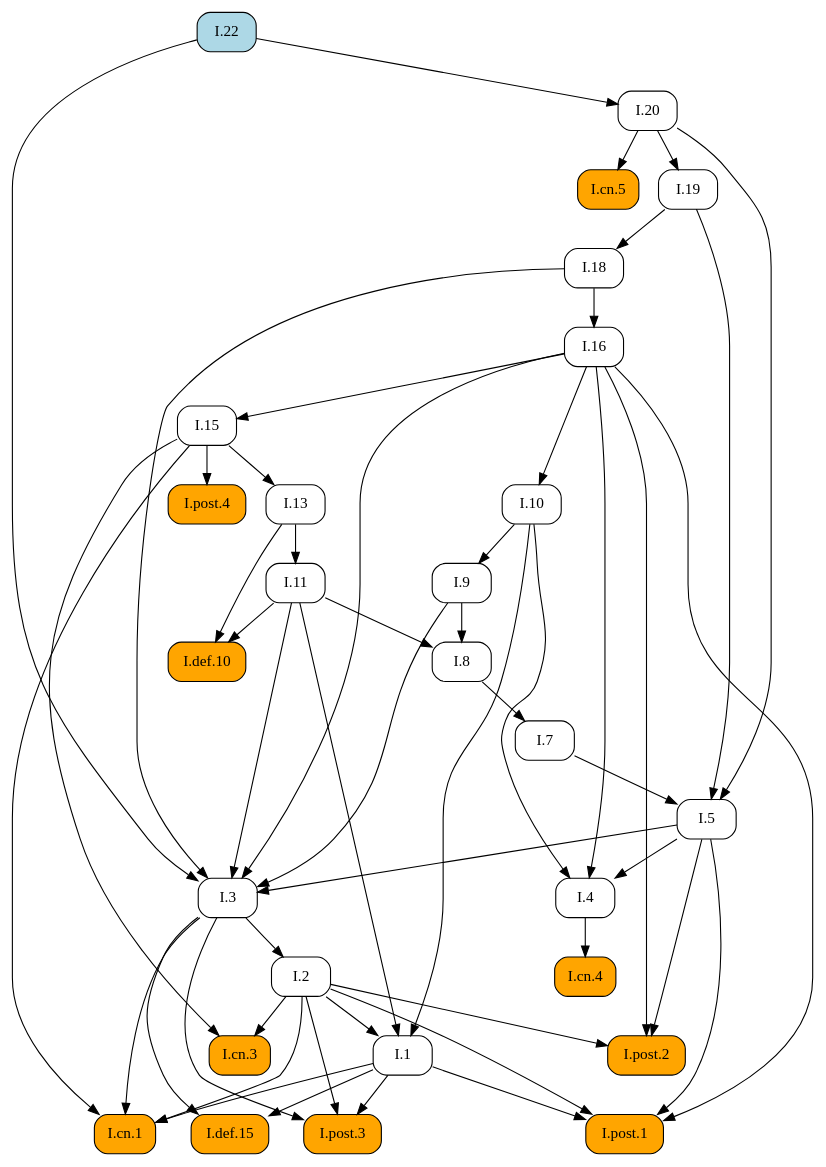
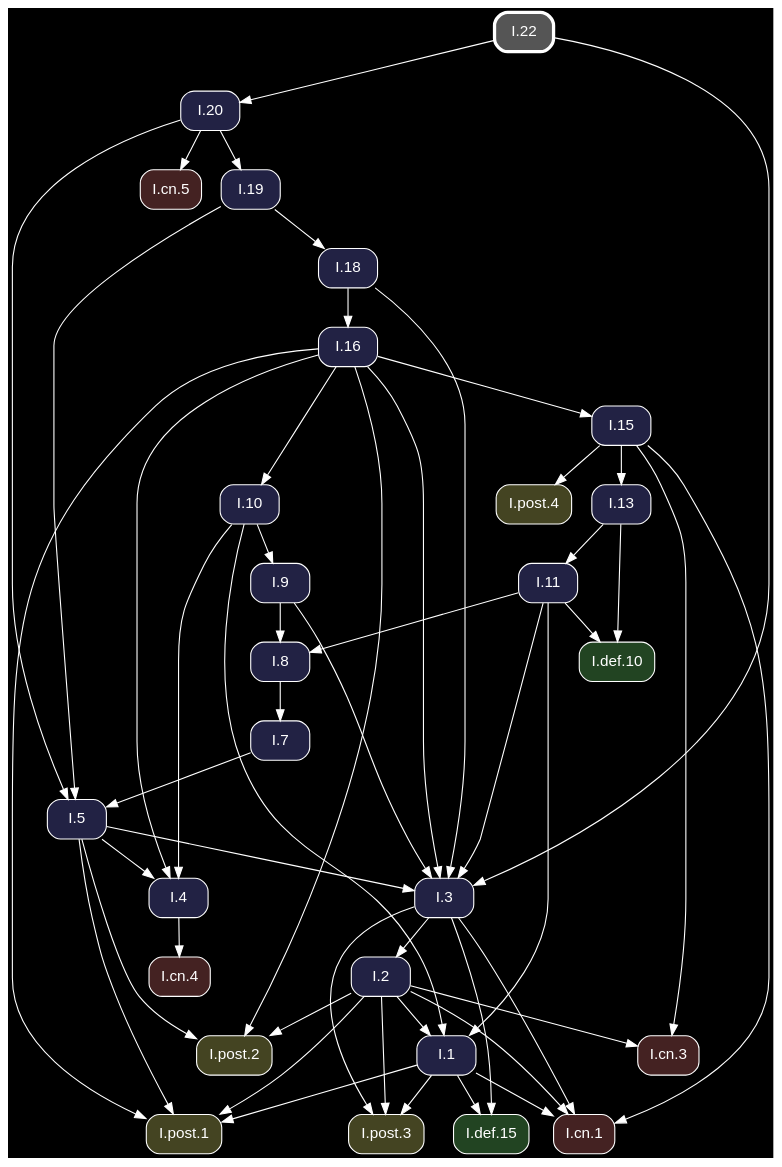
One commit to geometor/elements changed the diagram in docsrc/heath/I/22/index.rst. Above: the diagram before and after it, drawn with Graphviz. The commit also changed other lines of this file and 1200 other files, not shown here.

Commit message:
update dependency graphs

```diff
--- a/docsrc/heath/I/22/index.rst
+++ b/docsrc/heath/I/22/index.rst
@@ -88,84 +88,86 @@
 .. graphviz::
 
    digraph {
+     bgcolor="black";
+     node [shape=box, style="rounded,filled", fontname="Helvetica", color="white", fontcolor="white"];
+     edge [color="white", fontcolor="white"];
      rankdir="TB";
-     node [shape=box, style=rounded];
-     "I.9" [URL="/heath/I/9/", target="_top"];
-     "I.cn.1" [style="rounded,filled", fillcolor=orange, URL="/heath/I/cn.1/", target="_top"];
-     "I.7" [URL="/heath/I/7/", target="_top"];
-     "I.2" [URL="/heath/I/2/", target="_top"];
-     "I.def.15" [style="rounded,filled", fillcolor=orange, URL="/heath/I/def.15/", target="_top"];
-     "I.13" [URL="/heath/I/13/", target="_top"];
-     "I.post.4" [style="rounded,filled", fillcolor=orange, URL="/heath/I/post.4/", target="_top"];
-     "I.4" [URL="/heath/I/4/", target="_top"];
-     "I.1" [URL="/heath/I/1/", target="_top"];
-     "I.post.3" [style="rounded,filled", fillcolor=orange, URL="/heath/I/post.3/", target="_top"];
-     "I.post.1" [style="rounded,filled", fillcolor=orange, URL="/heath/I/post.1/", target="_top"];
-     "I.5" [URL="/heath/I/5/", target="_top"];
-     "I.19" [URL="/heath/I/19/", target="_top"];
-     "I.8" [URL="/heath/I/8/", target="_top"];
-     "I.cn.3" [style="rounded,filled", fillcolor=orange, URL="/heath/I/cn.3/", target="_top"];
-     "I.16" [URL="/heath/I/16/", target="_top"];
-     "I.20" [URL="/heath/I/20/", target="_top"];
-     "I.def.10" [style="rounded,filled", fillcolor=orange, URL="/heath/I/def.10/", target="_top"];
-     "I.18" [URL="/heath/I/18/", target="_top"];
-     "I.15" [URL="/heath/I/15/", target="_top"];
-     "I.10" [URL="/heath/I/10/", target="_top"];
-     "I.11" [URL="/heath/I/11/", target="_top"];
-     "I.22" [style="rounded,filled", fillcolor=lightblue, URL="/heath/I/22/", target="_top"];
-     "I.cn.4" [style="rounded,filled", fillcolor=orange, URL="/heath/I/cn.4/", target="_top"];
-     "I.post.2" [style="rounded,filled", fillcolor=orange, URL="/heath/I/post.2/", target="_top"];
-     "I.cn.5" [style="rounded,filled", fillcolor=orange, URL="/heath/I/cn.5/", target="_top"];
-     "I.3" [URL="/heath/I/3/", target="_top"];
-     "I.10" -> "I.9";
-     "I.1" -> "I.cn.1";
-     "I.2" -> "I.cn.1";
-     "I.3" -> "I.cn.1";
-     "I.15" -> "I.cn.1";
-     "I.8" -> "I.7";
-     "I.3" -> "I.2";
-     "I.1" -> "I.def.15";
-     "I.3" -> "I.def.15";
-     "I.15" -> "I.13";
-     "I.15" -> "I.post.4";
-     "I.5" -> "I.4";
-     "I.10" -> "I.4";
-     "I.16" -> "I.4";
-     "I.2" -> "I.1";
-     "I.10" -> "I.1";
-     "I.11" -> "I.1";
-     "I.1" -> "I.post.3";
-     "I.2" -> "I.post.3";
-     "I.3" -> "I.post.3";
-     "I.1" -> "I.post.1";
-     "I.2" -> "I.post.1";
-     "I.5" -> "I.post.1";
-     "I.16" -> "I.post.1";
-     "I.7" -> "I.5";
-     "I.19" -> "I.5";
-     "I.20" -> "I.5";
-     "I.20" -> "I.19";
-     "I.9" -> "I.8";
-     "I.11" -> "I.8";
-     "I.2" -> "I.cn.3";
-     "I.15" -> "I.cn.3";
-     "I.18" -> "I.16";
-     "I.22" -> "I.20";
-     "I.11" -> "I.def.10";
-     "I.13" -> "I.def.10";
-     "I.19" -> "I.18";
-     "I.16" -> "I.15";
-     "I.16" -> "I.10";
-     "I.13" -> "I.11";
-     "I.4" -> "I.cn.4";
-     "I.2" -> "I.post.2";
-     "I.5" -> "I.post.2";
-     "I.16" -> "I.post.2";
-     "I.20" -> "I.cn.5";
+     "I.3" [fillcolor="#222244", URL="/heath/I/3/", target="_top"];
+     "I.post.1" [fillcolor="#444422", URL="/heath/I/post.1/", target="_top"];
+     "I.cn.1" [fillcolor="#442222", URL="/heath/I/cn.1/", target="_top"];
+     "I.19" [fillcolor="#222244", URL="/heath/I/19/", target="_top"];
+     "I.def.10" [fillcolor="#224422", URL="/heath/I/def.10/", target="_top"];
+     "I.15" [fillcolor="#222244", URL="/heath/I/15/", target="_top"];
+     "I.11" [fillcolor="#222244", URL="/heath/I/11/", target="_top"];
+     "I.16" [fillcolor="#222244", URL="/heath/I/16/", target="_top"];
+     "I.cn.5" [fillcolor="#442222", URL="/heath/I/cn.5/", target="_top"];
+     "I.13" [fillcolor="#222244", URL="/heath/I/13/", target="_top"];
+     "I.cn.3" [fillcolor="#442222", URL="/heath/I/cn.3/", target="_top"];
+     "I.2" [fillcolor="#222244", URL="/heath/I/2/", target="_top"];
+     "I.post.2" [fillcolor="#444422", URL="/heath/I/post.2/", target="_top"];
+     "I.cn.4" [fillcolor="#442222", URL="/heath/I/cn.4/", target="_top"];
+     "I.9" [fillcolor="#222244", URL="/heath/I/9/", target="_top"];
+     "I.1" [fillcolor="#222244", URL="/heath/I/1/", target="_top"];
+     "I.post.4" [fillcolor="#444422", URL="/heath/I/post.4/", target="_top"];
+     "I.8" [fillcolor="#222244", URL="/heath/I/8/", target="_top"];
+     "I.4" [fillcolor="#222244", URL="/heath/I/4/", target="_top"];
+     "I.post.3" [fillcolor="#444422", URL="/heath/I/post.3/", target="_top"];
+     "I.18" [fillcolor="#222244", URL="/heath/I/18/", target="_top"];
+     "I.22" [penwidth=3, color="white", fillcolor="#555555", URL="/heath/I/22/", target="_top"];
+     "I.7" [fillcolor="#222244", URL="/heath/I/7/", target="_top"];
+     "I.def.15" [fillcolor="#224422", URL="/heath/I/def.15/", target="_top"];
+     "I.5" [fillcolor="#222244", URL="/heath/I/5/", target="_top"];
+     "I.20" [fillcolor="#222244", URL="/heath/I/20/", target="_top"];
+     "I.10" [fillcolor="#222244", URL="/heath/I/10/", target="_top"];
      "I.5" -> "I.3";
      "I.9" -> "I.3";
      "I.11" -> "I.3";
      "I.16" -> "I.3";
      "I.18" -> "I.3";
      "I.22" -> "I.3";
+     "I.1" -> "I.post.1";
+     "I.2" -> "I.post.1";
+     "I.5" -> "I.post.1";
+     "I.16" -> "I.post.1";
+     "I.1" -> "I.cn.1";
+     "I.2" -> "I.cn.1";
+     "I.3" -> "I.cn.1";
+     "I.15" -> "I.cn.1";
+     "I.20" -> "I.19";
+     "I.11" -> "I.def.10";
+     "I.13" -> "I.def.10";
+     "I.16" -> "I.15";
+     "I.13" -> "I.11";
+     "I.18" -> "I.16";
+     "I.20" -> "I.cn.5";
+     "I.15" -> "I.13";
+     "I.2" -> "I.cn.3";
+     "I.15" -> "I.cn.3";
+     "I.3" -> "I.2";
+     "I.2" -> "I.post.2";
+     "I.5" -> "I.post.2";
+     "I.16" -> "I.post.2";
+     "I.4" -> "I.cn.4";
+     "I.10" -> "I.9";
+     "I.2" -> "I.1";
+     "I.10" -> "I.1";
+     "I.11" -> "I.1";
+     "I.15" -> "I.post.4";
+     "I.9" -> "I.8";
+     "I.11" -> "I.8";
+     "I.5" -> "I.4";
+     "I.10" -> "I.4";
+     "I.16" -> "I.4";
+     "I.1" -> "I.post.3";
+     "I.2" -> "I.post.3";
+     "I.3" -> "I.post.3";
+     "I.19" -> "I.18";
+     "I.8" -> "I.7";
+     "I.1" -> "I.def.15";
+     "I.3" -> "I.def.15";
+     "I.7" -> "I.5";
+     "I.19" -> "I.5";
+     "I.20" -> "I.5";
+     "I.22" -> "I.20";
+     "I.16" -> "I.10";
    }
```
